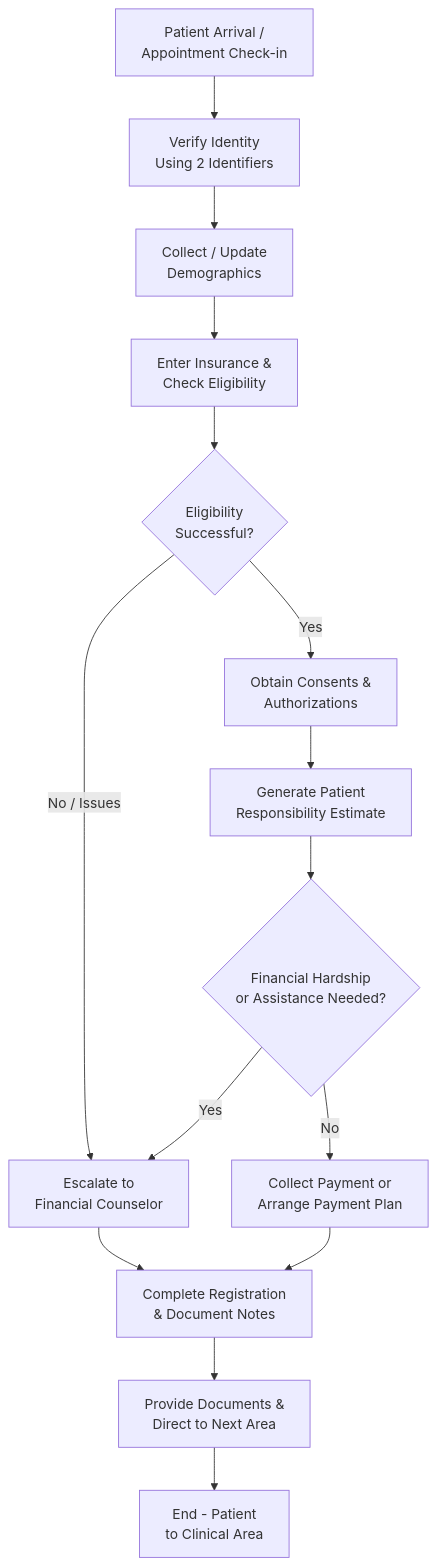
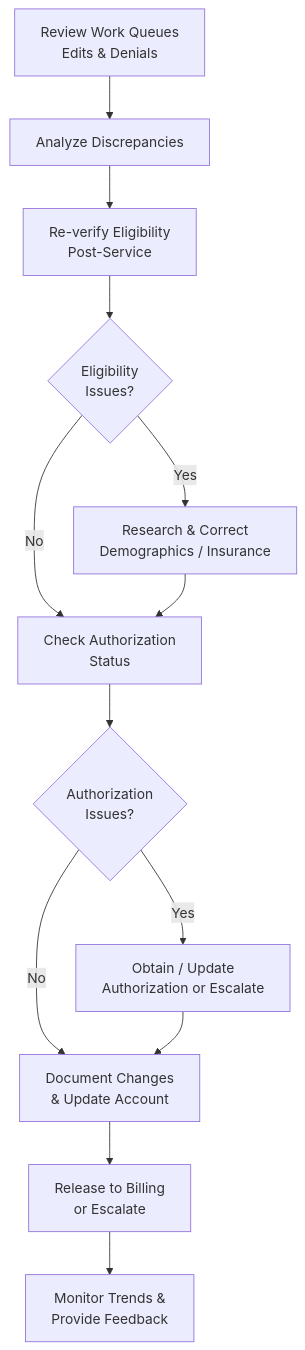
Before and after one commit to shainemeister/revenue-cycle-sop-and-workflow-framework: the diagram in workflows/registration-workflow.md, drawn with Mermaid. The commit also changed other lines of this file, not shown here.

Commit message:
Update registration-workflow.md to v1.1 to align with the revised back-end focused Registration Verification & Follow-Up SOP. Updated process overview, Mermaid diagram, decision points, and version history for back-end Revenue Cycle workflow.

````diff
--- a/workflows/registration-workflow.md
+++ b/workflows/registration-workflow.md
@@ -20,17 +18,15 @@
 ```mermaid
 flowchart TD
-    A[Patient Arrival /<br/>Appointment Check-in] --> B[Verify Identity<br/>Using 2 Identifiers]
-    B --> C[Collect / Update<br/>Demographics]
-    C --> D[Enter Insurance &<br/>Check Eligibility]
-    D --> E{Eligibility<br/>Successful?}
-    E -->|Yes| F[Obtain Consents &<br/>Authorizations]
-    E -->|No / Issues| G[Escalate to<br/>Financial Counselor]
-    F --> H[Generate Patient<br/>Responsibility Estimate]
-    H --> I{Financial Hardship<br/>or Assistance Needed?}
-    I -->|Yes| G
-    I -->|No| J[Collect Payment or<br/>Arrange Payment Plan]
-    G --> K[Complete Registration<br/>& Document Notes]
-    J --> K
-    K --> L[Provide Documents &<br/>Direct to Next Area]
-    L --> M[End - Patient<br/>to Clinical Area]
+    A[Review Work Queues<br/>Edits & Denials] --> B[Analyze Discrepancies]
+    B --> C[Re-verify Eligibility<br/>Post-Service]
+    C --> D{Eligibility<br/>Issues?}
+    D -->|Yes| E[Research & Correct<br/>Demographics / Insurance]
+    D -->|No| F[Check Authorization<br/>Status]
+    E --> F
+    F --> G{Authorization<br/>Issues?}
+    G -->|Yes| H[Obtain / Update<br/>Authorization or Escalate]
+    G -->|No| I[Document Changes<br/>& Update Account]
+    H --> I
+    I --> J[Release to Billing<br/>or Escalate]
+    J --> K[Monitor Trends &<br/>Provide Feedback]
 ```
````
